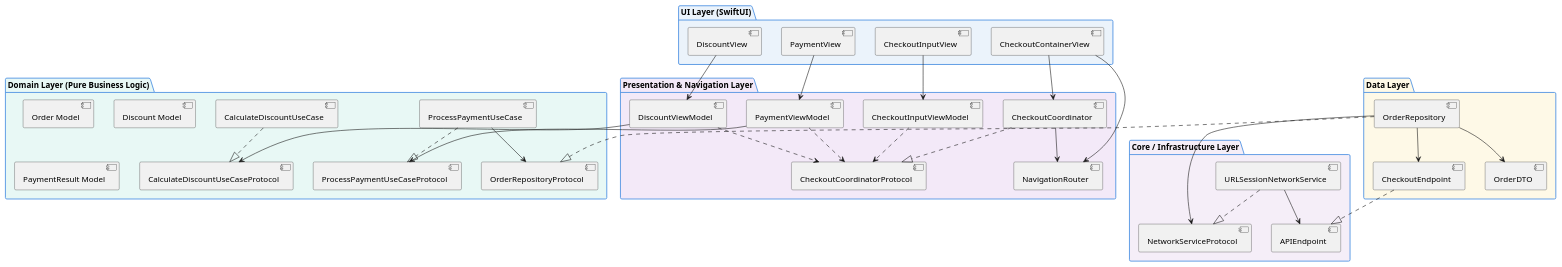
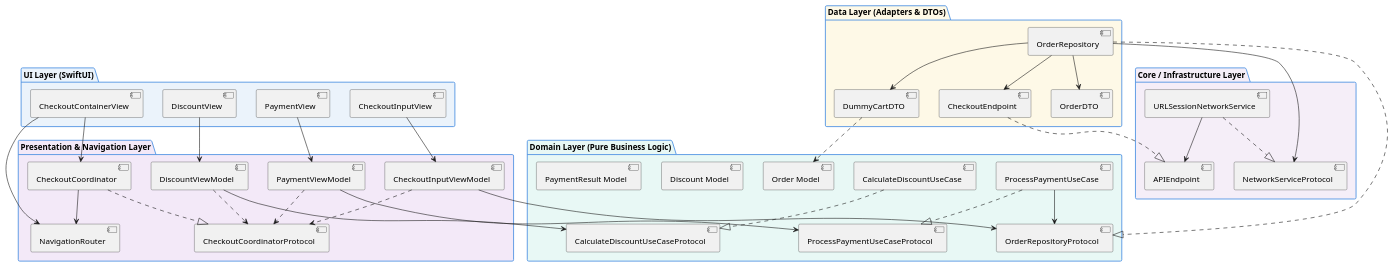
Before and after one commit to lwrnczeng/MVVMC-Blueprint: the diagram in Diagrams/01_layer_dependencies.puml, drawn with PlantUML. The commit also changed 20 other files, not shown here.

Commit message:
updated code and diagrames

```diff
--- a/Diagrams/01_layer_dependencies.puml
+++ b/Diagrams/01_layer_dependencies.puml
@@ -1,74 +1,78 @@
 @startuml LayerDependencies
 skinparam packageBackgroundColor #F8F9FA
 skinparam packageBorderColor #4A90E2
 
 package "UI Layer (SwiftUI)" #EBF3FB {
     [CheckoutContainerView]
     [CheckoutInputView]
     [DiscountView]
     [PaymentView]
 }
 
 package "Presentation & Navigation Layer" #F3E9F8 {
     [NavigationRouter]
     [CheckoutCoordinator]
     [CheckoutCoordinatorProtocol] as CoordProto
     [CheckoutInputViewModel]
     [DiscountViewModel]
     [PaymentViewModel]
 }
 
 package "Domain Layer (Pure Business Logic)" #E8F8F5 {
     [OrderRepositoryProtocol] as RepoProto
     [CalculateDiscountUseCaseProtocol] as CalcUseCaseProto
     [ProcessPaymentUseCaseProtocol] as PayUseCaseProto
     [CalculateDiscountUseCase]
     [ProcessPaymentUseCase]
     [Order Model] as Order
     [Discount Model] as Discount
     [PaymentResult Model] as PaymentResult
 }
 
-package "Data Layer" #FEF9E7 {
+package "Data Layer (Adapters & DTOs)" #FEF9E7 {
     [OrderRepository]
     [CheckoutEndpoint]
+    [DummyCartDTO]
     [OrderDTO]
 }
 
 package "Core / Infrastructure Layer" #F5EEF8 {
     [NetworkServiceProtocol] as NetProto
     [URLSessionNetworkService]
     [APIEndpoint]
 }
 
 ' Relationships
 [CheckoutContainerView] --> [NavigationRouter]
 [CheckoutContainerView] --> [CheckoutCoordinator]
 [CheckoutInputView] --> [CheckoutInputViewModel]
 [DiscountView] --> [DiscountViewModel]
 [PaymentView] --> [PaymentViewModel]
 
 [CheckoutInputViewModel] ..> CoordProto
+[CheckoutInputViewModel] --> RepoProto
 [DiscountViewModel] ..> CoordProto
 [PaymentViewModel] ..> CoordProto
 
 [CheckoutCoordinator] ..|> CoordProto
 [CheckoutCoordinator] --> [NavigationRouter]
 
 [DiscountViewModel] --> CalcUseCaseProto
 [PaymentViewModel] --> PayUseCaseProto
 
 [CalculateDiscountUseCase] ..|> CalcUseCaseProto
 [ProcessPaymentUseCase] ..|> PayUseCaseProto
 [ProcessPaymentUseCase] --> RepoProto
 
 [OrderRepository] ..|> RepoProto
 [OrderRepository] --> [CheckoutEndpoint]
 [OrderRepository] --> NetProto
+[OrderRepository] --> [DummyCartDTO]
 [OrderRepository] --> [OrderDTO]
 [CheckoutEndpoint] ..|> [APIEndpoint]
+[DummyCartDTO] ..> Order
 
 [URLSessionNetworkService] ..|> NetProto
 [URLSessionNetworkService] --> [APIEndpoint]
 
 @enduml
```
